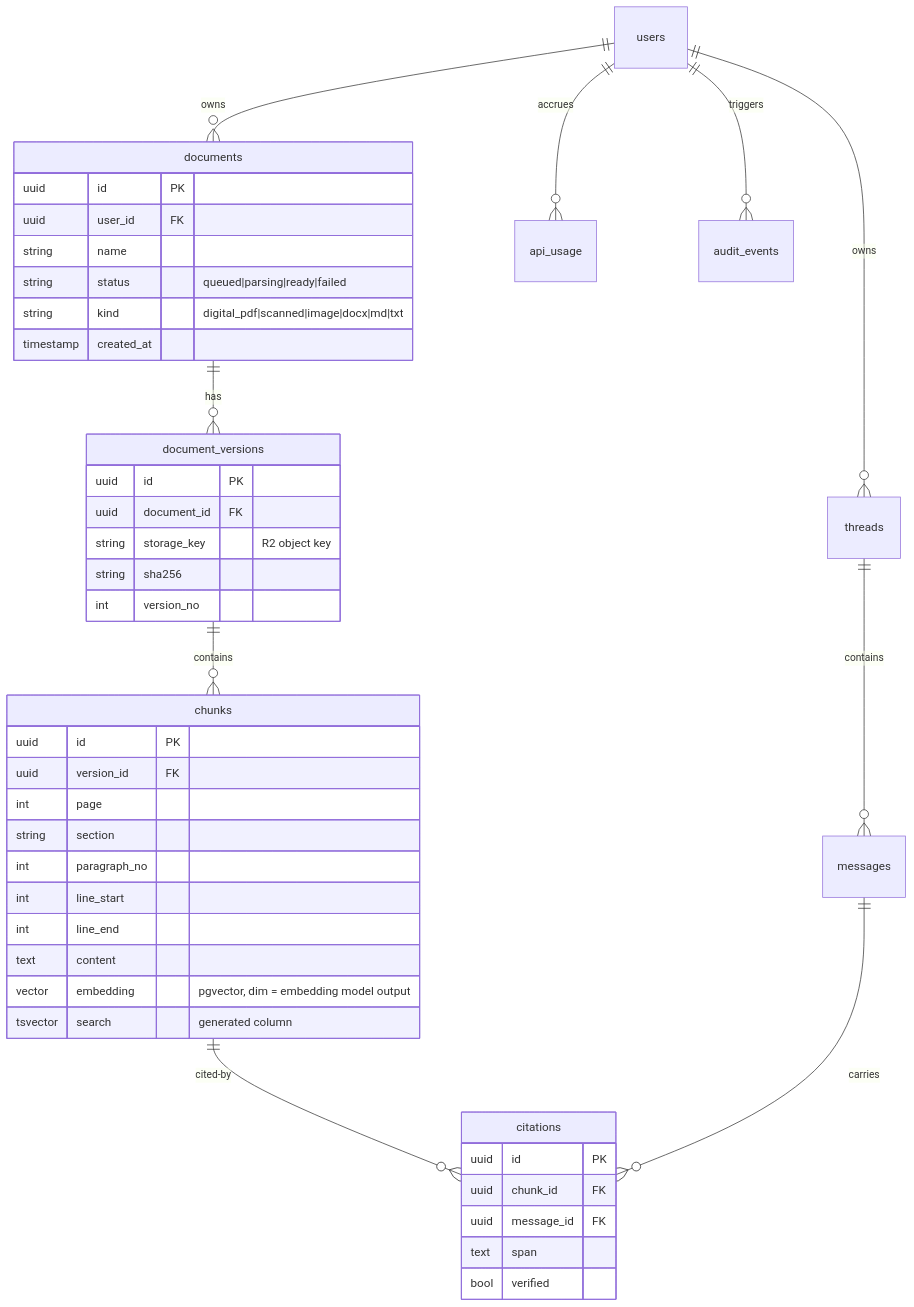
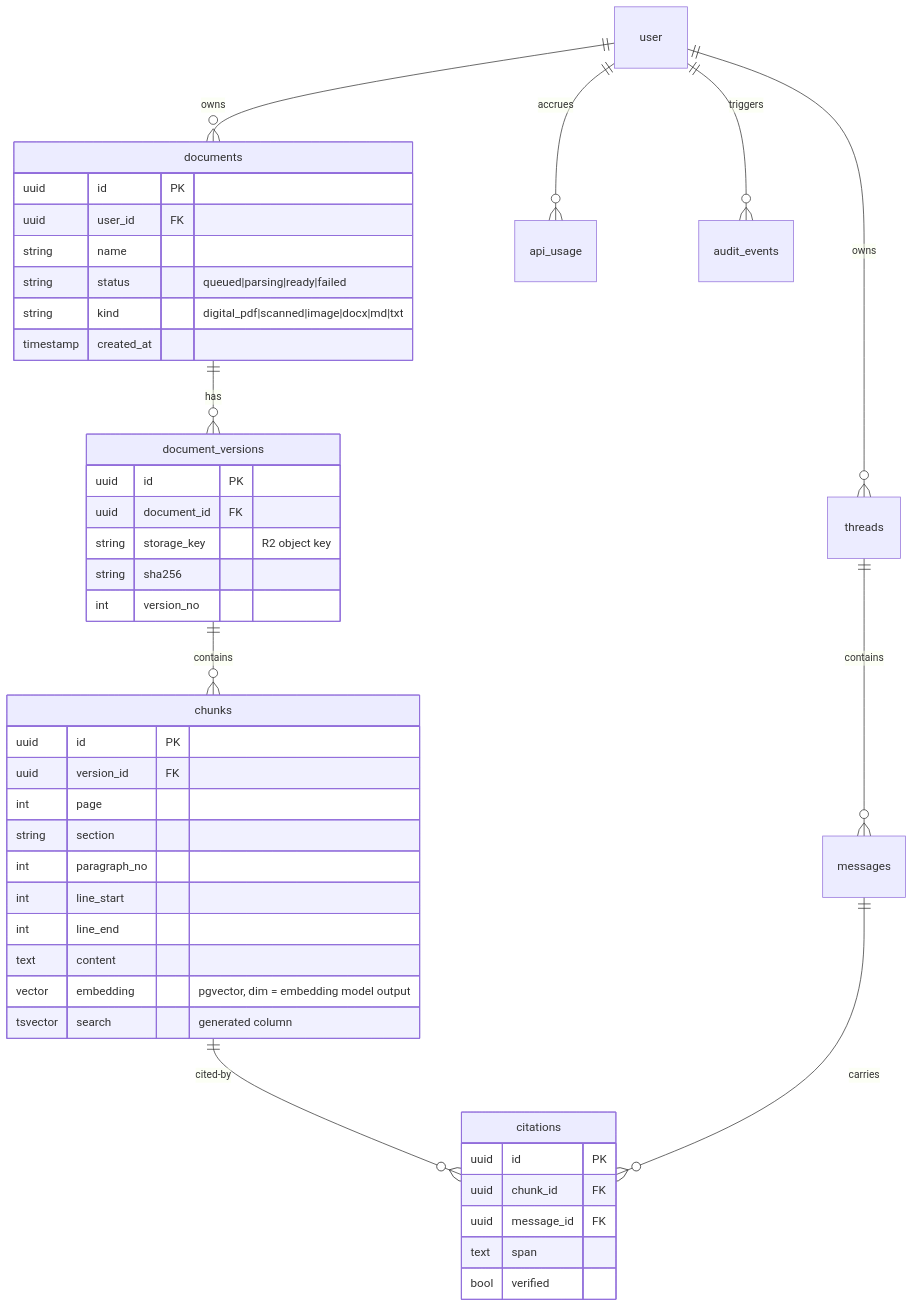
One commit to tasaufmim/quodera changed the third of 3 diagrams in ARCHITECTURE.md. Above: the diagram before and after it, drawn with Mermaid. The commit also changed other lines of this file and 16 other files, not shown here.

````diff
--- a/ARCHITECTURE.md
+++ b/ARCHITECTURE.md
@@ -148,47 +150,47 @@
 ```mermaid
 erDiagram
-  users ||--o{ documents : owns
-  users ||--o{ threads : owns
+  user ||--o{ documents : owns
+  user ||--o{ threads : owns
   documents ||--o{ document_versions : has
   document_versions ||--o{ chunks : contains
   chunks ||--o{ citations : cited-by
   threads ||--o{ messages : contains
   messages ||--o{ citations : carries
-  users ||--o{ api_usage : accrues
-  users ||--o{ audit_events : triggers
+  user ||--o{ api_usage : accrues
+  user ||--o{ audit_events : triggers
 
   documents {
     uuid id PK
     uuid user_id FK
     string name
     string status "queued|parsing|ready|failed"
     string kind "digital_pdf|scanned|image|docx|md|txt"
     timestamp created_at
   }
   document_versions {
     uuid id PK
     uuid document_id FK
     string storage_key "R2 object key"
     string sha256
     int version_no
   }
   chunks {
     uuid id PK
     uuid version_id FK
     int page
     string section
     int paragraph_no
     int line_start
     int line_end
     text content
     vector embedding "pgvector, dim = embedding model output"
     tsvector search "generated column"
   }
   citations {
     uuid id PK
     uuid chunk_id FK
     uuid message_id FK
     text span
     bool verified
   }
 ```
````
